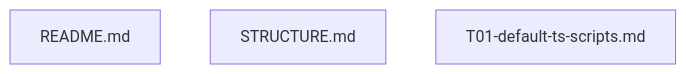
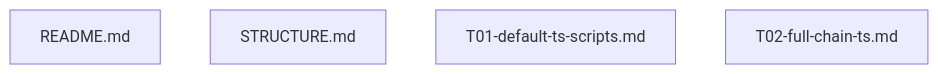
Before and after one commit to andyluss/LiveRefu: the diagram in lab/formal-system/tech/rules/STRUCTURE.md, drawn with Mermaid. The commit also changed other lines of this file and 3 other files, not shown here.

````diff
--- a/lab/formal-system/tech/rules/STRUCTURE.md
+++ b/lab/formal-system/tech/rules/STRUCTURE.md
@@ -26,6 +28,7 @@
 ```mermaid
 graph TD
     N0[README.md]
     N1[STRUCTURE.md]
     N2[T01-default-ts-scripts.md]
+    N3[T02-full-chain-ts.md]
 ```
````
